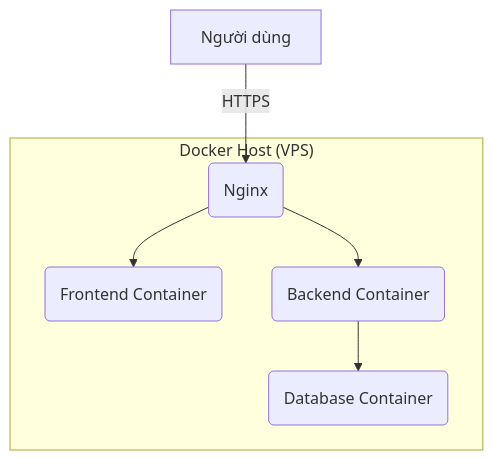
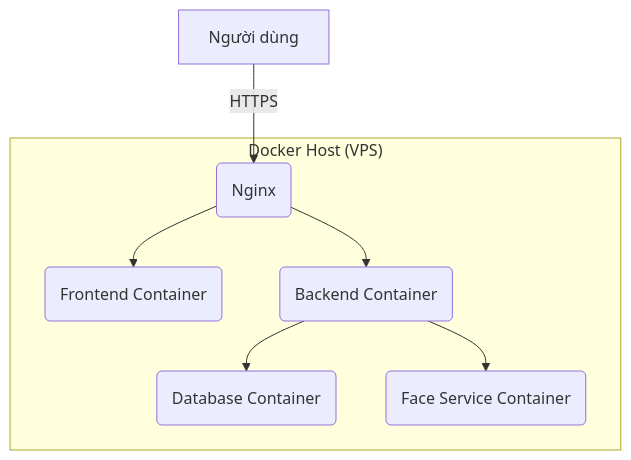
One commit to hkthao/family-tree-3 changed the sixth of 6 diagrams in docs/engineering/architecture.md. Above: the diagram before and after it, drawn with Mermaid. The commit also changed other lines of this file, not shown here.

First line of the commit message:
docs: Further update architecture.md with comprehensive external AI services

````diff
--- a/docs/engineering/architecture.md
+++ b/docs/engineering/architecture.md
@@ -127,10 +150,11 @@
 ```mermaid
 graph TD
     subgraph "Docker Host (VPS)"
         A(Nginx) --> B(Frontend Container)
         A --> C(Backend Container)
         C --> D(Database Container)
+        C --> F(Face Service Container)
     end
 
     E[Người dùng] -->|HTTPS| A
 ```
````
